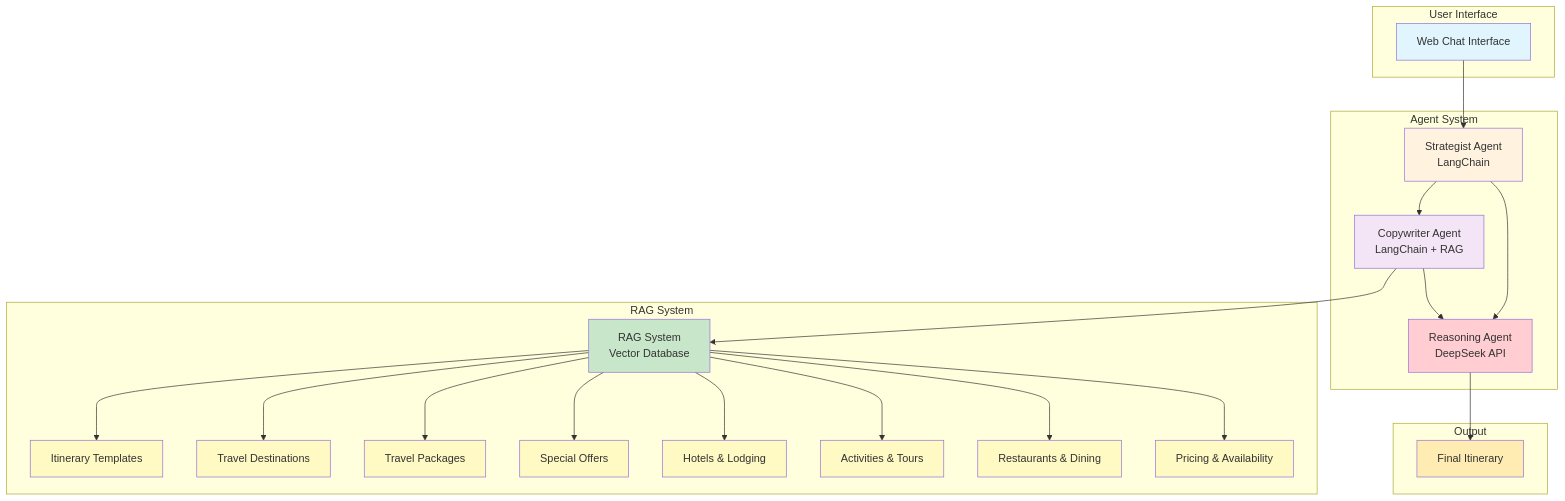
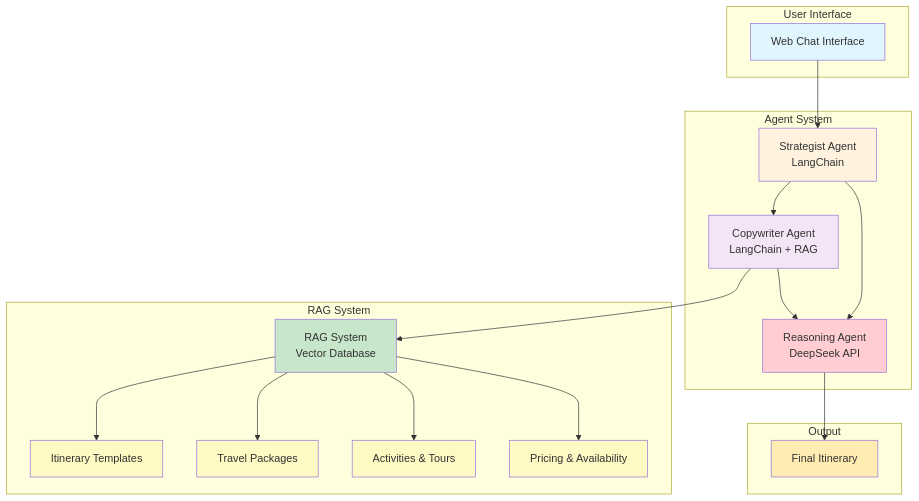
One commit to saha0073/travel-itinerary-generation changed the first of 2 diagrams in workflow_diagram.md. Above: the diagram before and after it, drawn with Mermaid.

````diff
--- a/workflow_diagram.md
+++ b/workflow_diagram.md
@@ -5,58 +5,46 @@
 ```mermaid
 graph TB
     subgraph "User Interface"
         UI[Web Chat Interface]
     end
     
     subgraph "Agent System"
         SA[Strategist Agent<br/>LangChain]
         CA[Copywriter Agent<br/>LangChain + RAG]
         RA[Reasoning Agent<br/>DeepSeek API]
     end
     
     subgraph "RAG System"
         RAG[RAG System<br/>Vector Database]
         TEMPLATES[Itinerary Templates]
-        DESTINATIONS[Travel Destinations]
         PACKAGES[Travel Packages]
-        OFFERS[Special Offers]
-        ACCOMMODATIONS[Hotels & Lodging]
         ACTIVITIES[Activities & Tours]
-        RESTAURANTS[Restaurants & Dining]
         PRICING[Pricing & Availability]
     end
     
     subgraph "Output"
         ITINERARY[Final Itinerary]
     end
     
     UI --> SA
     SA --> CA
     CA --> RAG
     RAG --> TEMPLATES
-    RAG --> DESTINATIONS
     RAG --> PACKAGES
-    RAG --> OFFERS
-    RAG --> ACCOMMODATIONS
     RAG --> ACTIVITIES
-    RAG --> RESTAURANTS
     RAG --> PRICING
     CA --> RA
     SA --> RA
     RA --> ITINERARY
     
     style UI fill:#e1f5fe
     style SA fill:#fff3e0
     style CA fill:#f3e5f5
     style RA fill:#ffcdd2
     style RAG fill:#c8e6c9
     style TEMPLATES fill:#fff9c4
-    style DESTINATIONS fill:#fff9c4
     style PACKAGES fill:#fff9c4
-    style OFFERS fill:#fff9c4
-    style ACCOMMODATIONS fill:#fff9c4
     style ACTIVITIES fill:#fff9c4
-    style RESTAURANTS fill:#fff9c4
     style PRICING fill:#fff9c4
     style ITINERARY fill:#ffecb3
 ```
````
